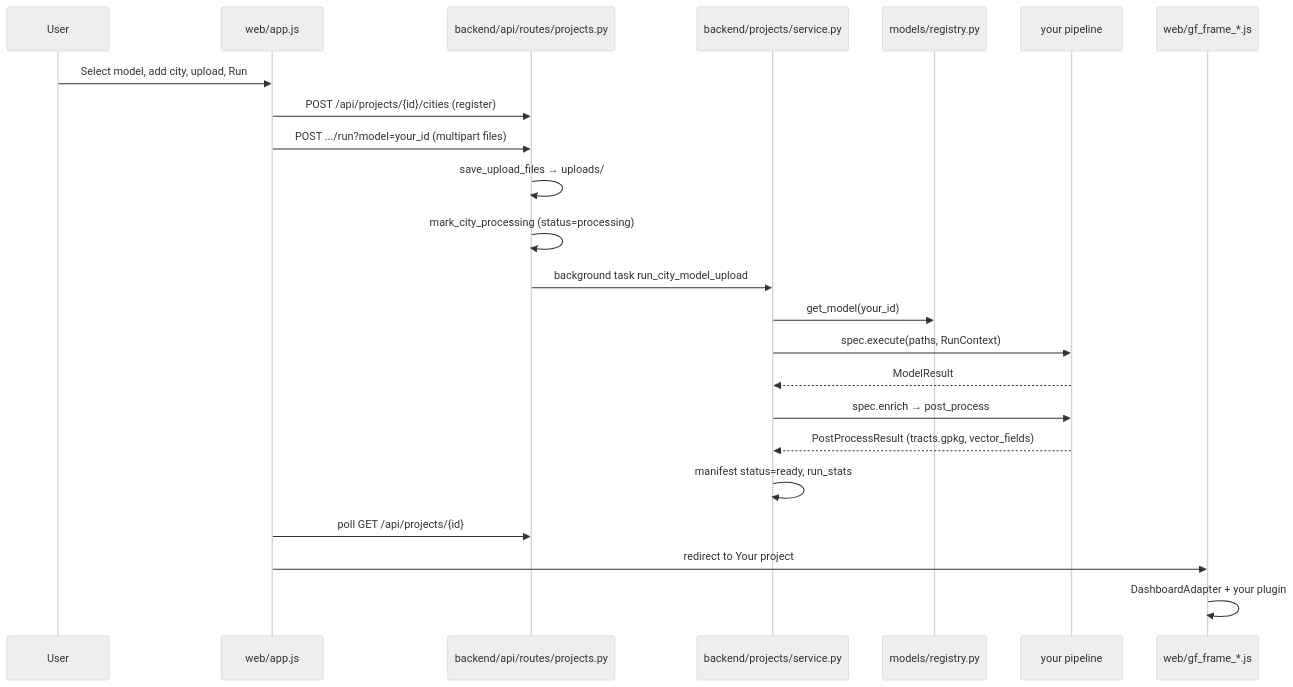
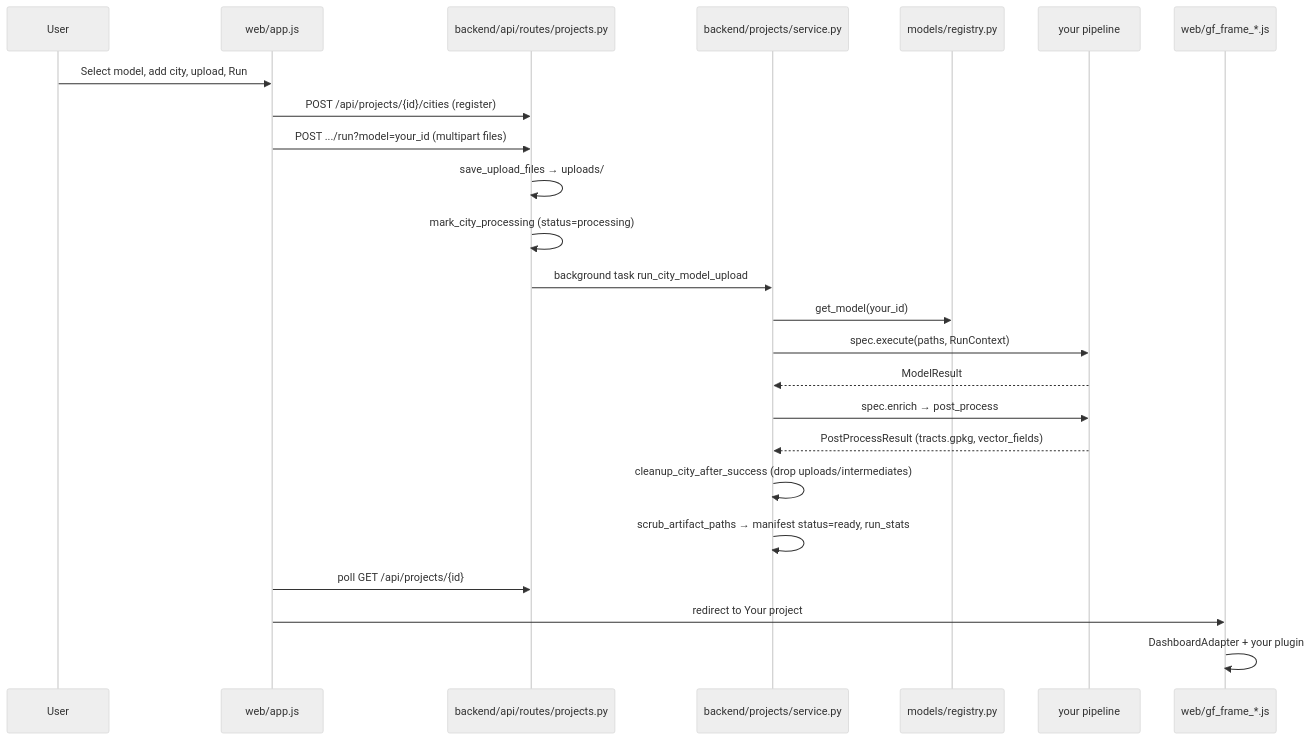
One commit to manyas207/Geospatial-GUI changed the diagram in docs/ADDING_A_MODEL.md. Above: the diagram before and after it, drawn with Mermaid (neutral theme). The commit also changed other lines of this file and 9 other files, not shown here.

````diff
--- a/docs/ADDING_A_MODEL.md
+++ b/docs/ADDING_A_MODEL.md
@@ -141,26 +148,27 @@
 ```mermaid
 sequenceDiagram
   participant User
   participant Ask as web/app.js
   participant API as backend/api/routes/projects.py
   participant Svc as backend/projects/service.py
   participant Reg as models/registry.py
   participant Pipe as your pipeline
   participant Dash as web/gf_frame_*.js
 
   User->>Ask: Select model, add city, upload, Run
   Ask->>API: POST /api/projects/{id}/cities (register)
   Ask->>API: POST .../run?model=your_id (multipart files)
   API->>API: save_upload_files → uploads/
   API->>API: mark_city_processing (status=processing)
   API->>Svc: background task run_city_model_upload
   Svc->>Reg: get_model(your_id)
   Svc->>Pipe: spec.execute(paths, RunContext)
   Pipe-->>Svc: ModelResult
   Svc->>Pipe: spec.enrich → post_process
   Pipe-->>Svc: PostProcessResult (tracts.gpkg, vector_fields)
-  Svc->>Svc: manifest status=ready, run_stats
+  Svc->>Svc: cleanup_city_after_success (drop uploads/intermediates)
+  Svc->>Svc: scrub_artifact_paths → manifest status=ready, run_stats
   Ask->>API: poll GET /api/projects/{id}
   Ask->>Dash: redirect to Your project
   Dash->>Dash: DashboardAdapter + your plugin
 ```
````
